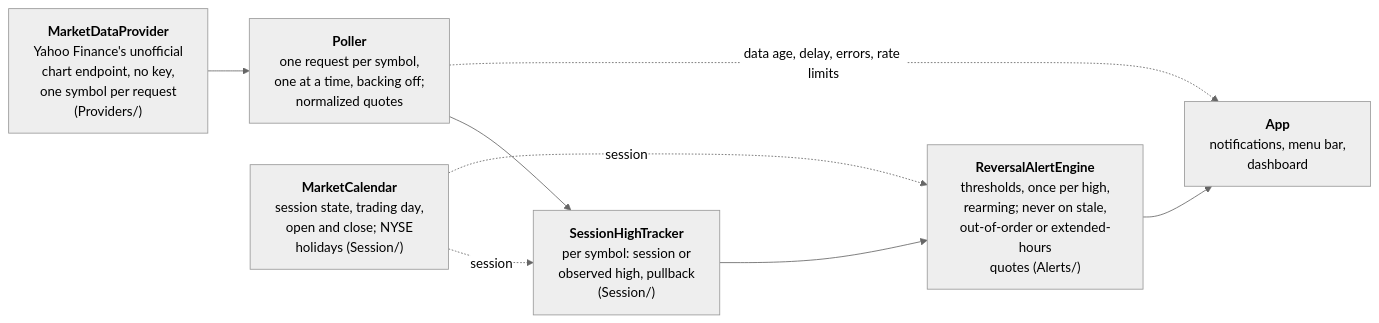
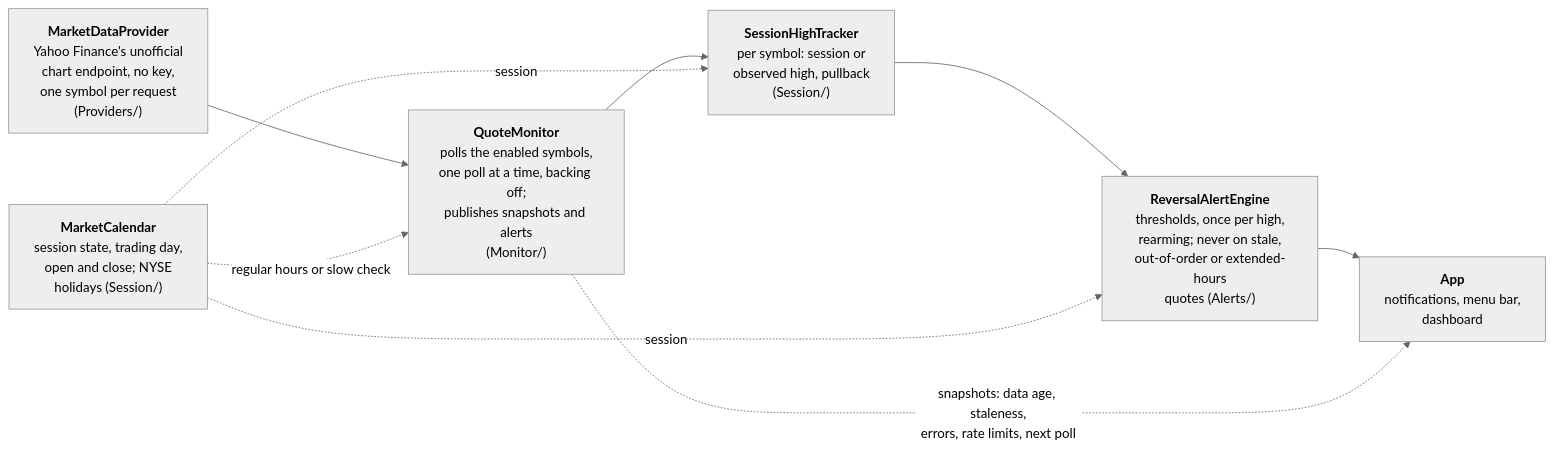
Before and after one commit to nikpietanze/vettira: the third of 4 diagrams in docs/architecture.md, drawn with Mermaid (neutral theme). The commit also changed other lines of this file and 5 other files, not shown here.

Commit message:
Poll the watchlist's quotes within Yahoo's rate limits

````diff
--- a/docs/architecture.md
+++ b/docs/architecture.md
@@ -65,13 +65,14 @@
 ```mermaid
 flowchart LR
     provider["<b>MarketDataProvider</b><br/>Yahoo Finance's unofficial<br/>chart endpoint, no key,<br/>one symbol per request<br/>(Providers/)"]
-    poller["<b>Poller</b><br/>one request per symbol,<br/>one at a time, backing off;<br/>normalized quotes"]
+    poller["<b>QuoteMonitor</b><br/>polls the enabled symbols,<br/>one poll at a time, backing off;<br/>publishes snapshots and alerts<br/>(Monitor/)"]
     tracker["<b>SessionHighTracker</b><br/>per symbol: session or<br/>observed high, pullback<br/>(Session/)"]
     engine["<b>ReversalAlertEngine</b><br/>thresholds, once per high,<br/>rearming; never on stale,<br/>out-of-order or extended-hours<br/>quotes (Alerts/)"]
     ui["<b>App</b><br/>notifications, menu bar,<br/>dashboard"]
     calendar["<b>MarketCalendar</b><br/>session state, trading day,<br/>open and close; NYSE<br/>holidays (Session/)"]
     provider --> poller --> tracker --> engine --> ui
     calendar -. session .-> tracker
     calendar -. session .-> engine
-    poller -. data age, delay, errors, rate limits .-> ui
+    calendar -. regular hours or slow check .-> poller
+    poller -. snapshots: data age, staleness,<br/>errors, rate limits, next poll .-> ui
 ```
````
